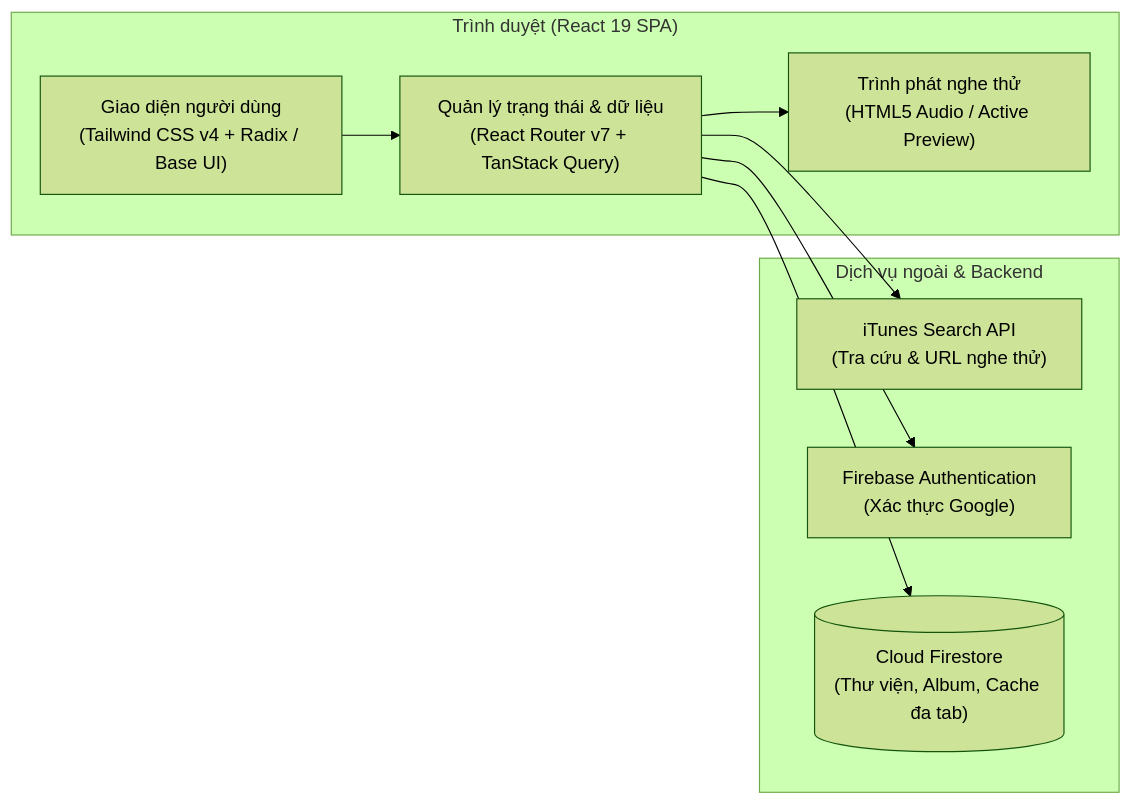
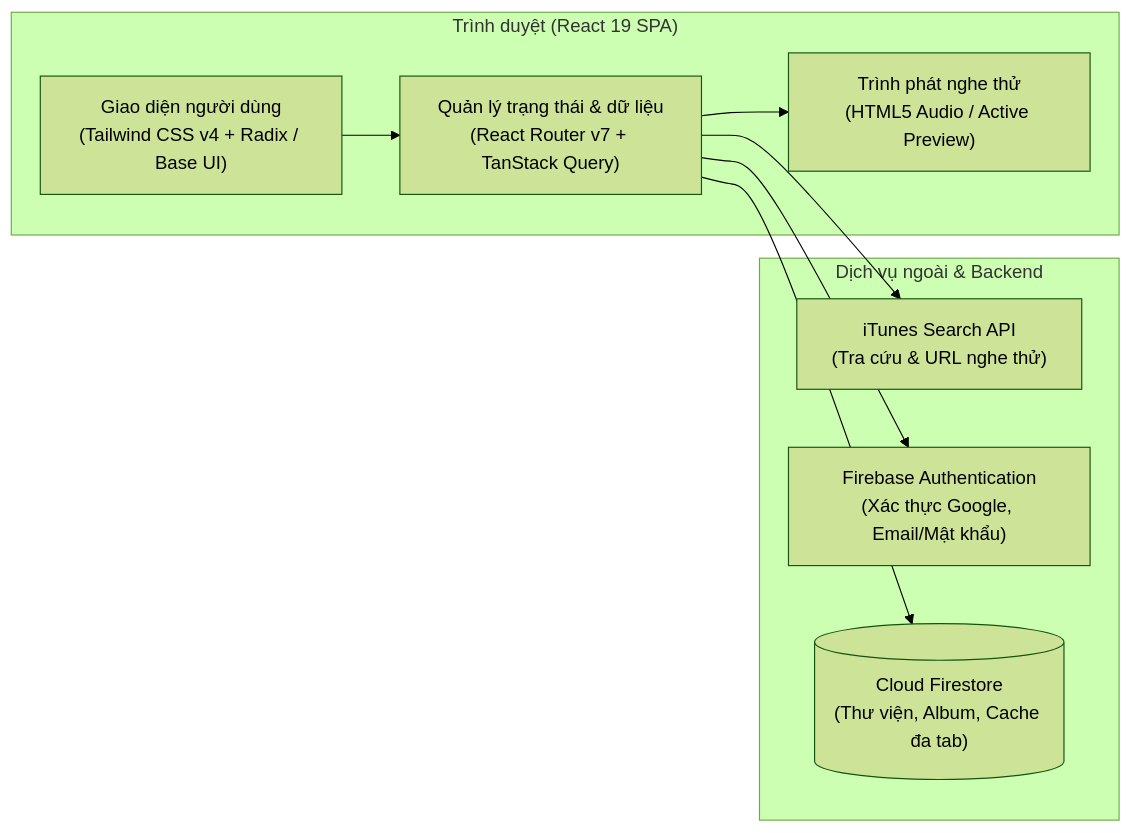
The diagram in README.md (dexter826/musimob), drawn with Mermaid (forest theme) before and after one commit. The commit also changed other lines of this file and 4 other files, not shown here.

````diff
--- a/README.md
+++ b/README.md
@@ -47,20 +47,20 @@
 ```mermaid
 flowchart LR
     subgraph Client["Trình duyệt (React 19 SPA)"]
         UI["Giao diện người dùng\n(Tailwind CSS v4 + Radix / Base UI)"]
         State["Quản lý trạng thái & dữ liệu\n(React Router v7 + TanStack Query)"]
         Player["Trình phát nghe thử\n(HTML5 Audio / Active Preview)"]
     end
 
     subgraph External["Dịch vụ ngoài & Backend"]
         iTunes["iTunes Search API\n(Tra cứu & URL nghe thử)"]
-        Auth["Firebase Authentication\n(Xác thực Google)"]
+        Auth["Firebase Authentication\n(Xác thực Google, Email/Mật khẩu)"]
         Firestore[("Cloud Firestore\n(Thư viện, Album, Cache đa tab)")]
     end
 
     UI --> State
     State --> iTunes
     State --> Auth
     State --> Firestore
     State --> Player
 ```
````
